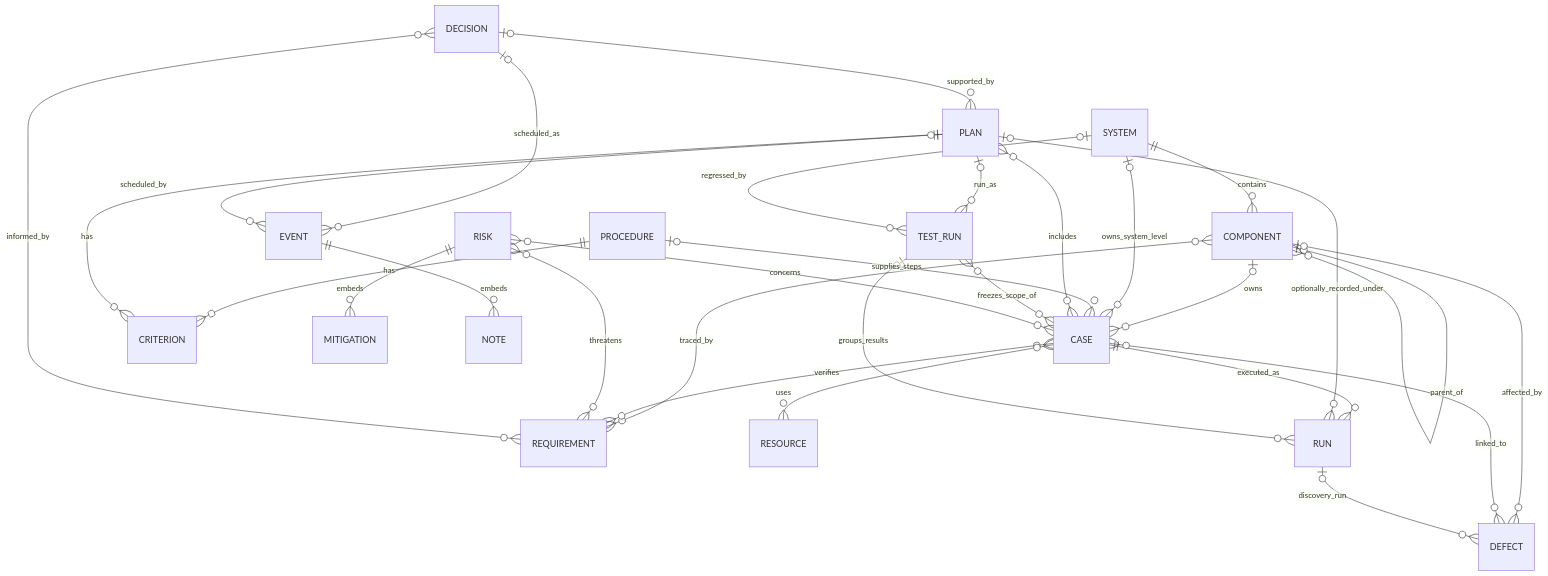
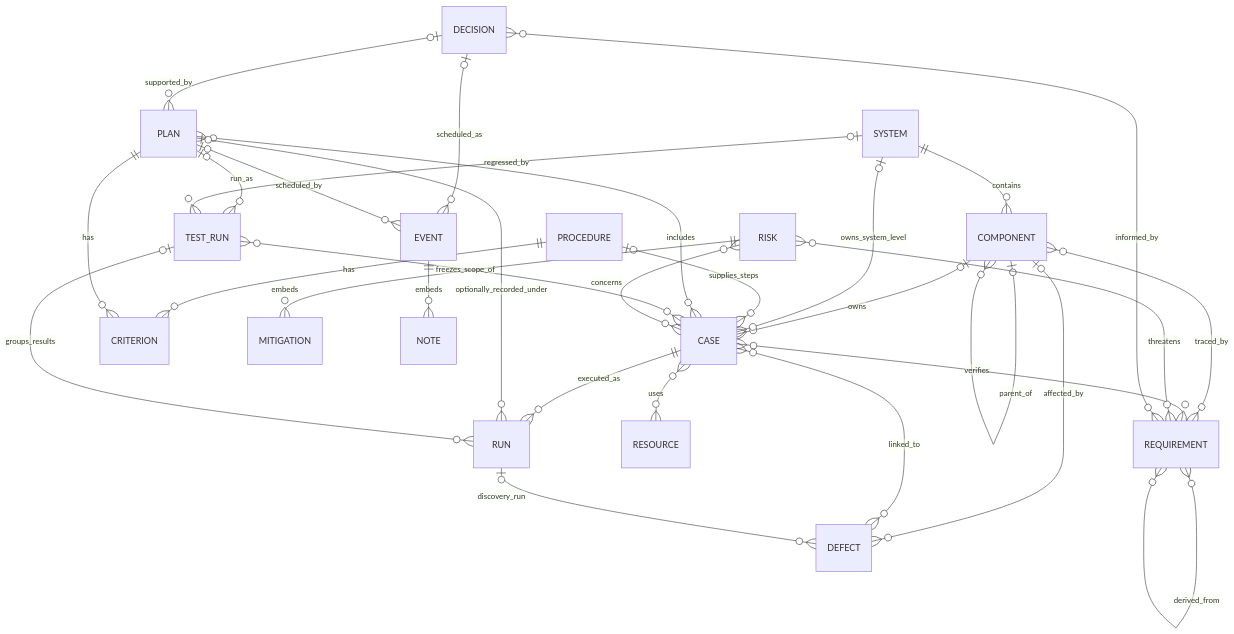
Before and after one commit to the6thdimension/MSM-1-Console: the third of 6 diagrams in docs/ARCHITECTURE.md, drawn with Mermaid. The commit also changed other lines of this file and 11 other files, not shown here.

````diff
--- a/docs/ARCHITECTURE.md
+++ b/docs/ARCHITECTURE.md
@@ -68,31 +68,32 @@
 ```mermaid
 erDiagram
   SYSTEM ||--o{ COMPONENT : contains
   COMPONENT o|--o{ COMPONENT : parent_of
   COMPONENT o|--o{ CASE : owns
   SYSTEM o|--o{ CASE : owns_system_level
   COMPONENT }o--o{ REQUIREMENT : traced_by
+  REQUIREMENT }o--o{ REQUIREMENT : derived_from
   PROCEDURE o|--o{ CASE : supplies_steps
   PROCEDURE ||--o{ CRITERION : has
   PLAN ||--o{ CRITERION : has
   CASE }o--o{ REQUIREMENT : verifies
   CASE }o--o{ RESOURCE : uses
   PLAN }o--o{ CASE : includes
   CASE ||--o{ RUN : executed_as
   PLAN o|--o{ RUN : optionally_recorded_under
   PLAN o|--o{ TEST_RUN : run_as
   SYSTEM o|--o{ TEST_RUN : regressed_by
   TEST_RUN }o--o{ CASE : freezes_scope_of
   TEST_RUN o|--o{ RUN : groups_results
   COMPONENT o|--o{ DEFECT : affected_by
   CASE }o--o{ DEFECT : linked_to
   RUN o|--o{ DEFECT : discovery_run
   RISK }o--o{ CASE : concerns
   RISK }o--o{ REQUIREMENT : threatens
   RISK ||--o{ MITIGATION : embeds
   DECISION }o--o{ REQUIREMENT : informed_by
   DECISION o|--o{ PLAN : supported_by
   DECISION o|--o{ EVENT : scheduled_as
   PLAN o|--o{ EVENT : scheduled_by
   EVENT ||--o{ NOTE : embeds
 ```
````
